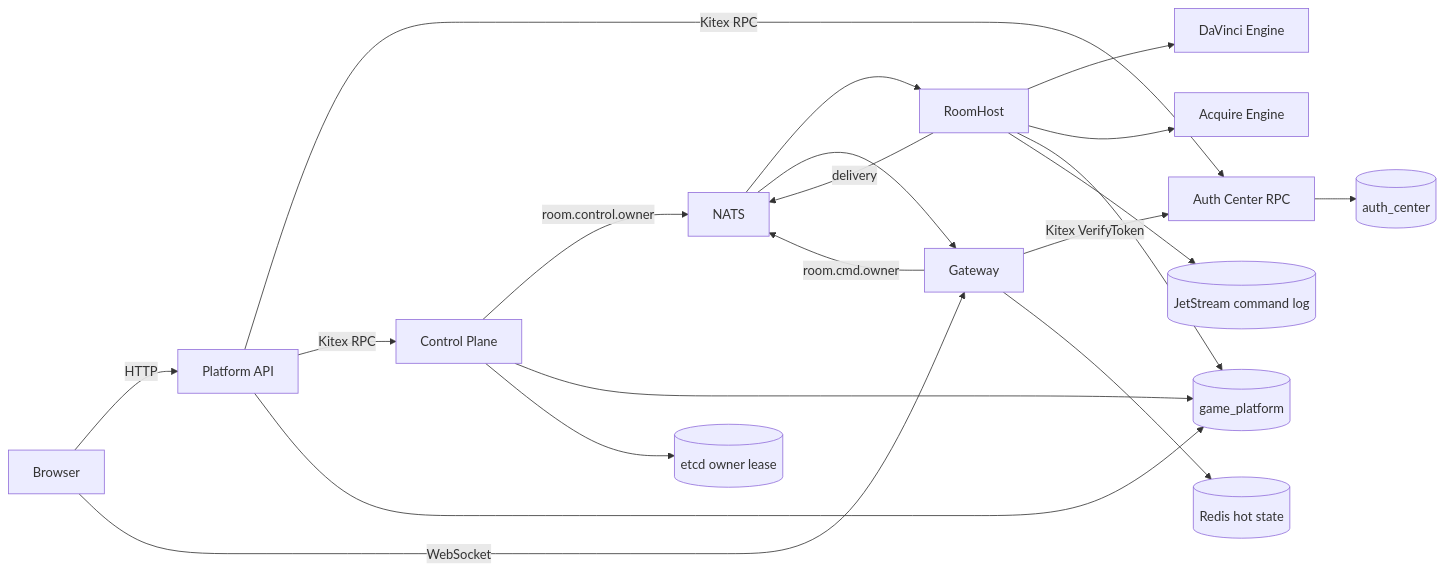
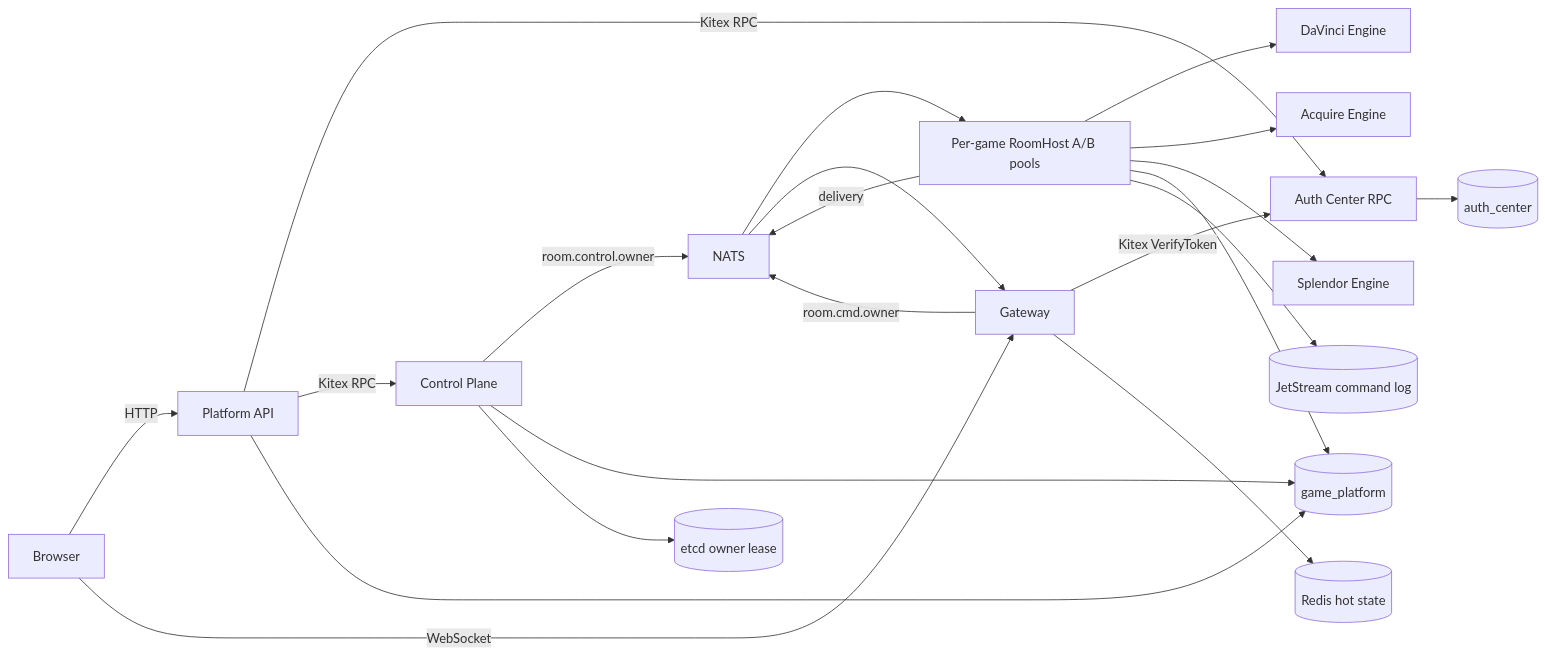
The diagram in docs/target-architecture.md (nciyuan9264/game-platform), drawn with Mermaid before and after one commit. The commit also changed other lines of this file and 99 other files, not shown here.

Commit message:
feat(platform): version game runtimes and normalize identities

````diff
--- a/docs/target-architecture.md
+++ b/docs/target-architecture.md
@@ -17,26 +17,27 @@
 ```mermaid
 flowchart LR
     Browser -->|HTTP| PlatformAPI[Platform API]
     Browser -->|WebSocket| Gateway
 
     PlatformAPI -->|Kitex RPC| AuthRPC[Auth Center RPC]
     PlatformAPI -->|Kitex RPC| Control[Control Plane]
     Gateway -->|Kitex VerifyToken| AuthRPC
 
     Control -->|room.control.owner| NATS
     Gateway -->|room.cmd.owner| NATS
-    NATS --> RoomHost
-    RoomHost -->|delivery| NATS
+    NATS --> RoomHostPools[Per-game RoomHost A/B pools]
+    RoomHostPools -->|delivery| NATS
     NATS --> Gateway
 
-    RoomHost --> DaVinci[DaVinci Engine]
-    RoomHost --> Acquire[Acquire Engine]
+    RoomHostPools --> DaVinci[DaVinci Engine]
+    RoomHostPools --> Acquire[Acquire Engine]
+    RoomHostPools --> Splendor[Splendor Engine]
 
     AuthRPC --> AuthDB[(auth_center)]
     PlatformAPI --> PlatformDB[(game_platform)]
     Control --> PlatformDB
-    RoomHost --> PlatformDB
+    RoomHostPools --> PlatformDB
     Gateway --> Redis[(Redis hot state)]
     Control --> Etcd[(etcd owner lease)]
-    RoomHost --> JetStream[(JetStream command log)]
+    RoomHostPools --> JetStream[(JetStream command log)]
 ```
````
